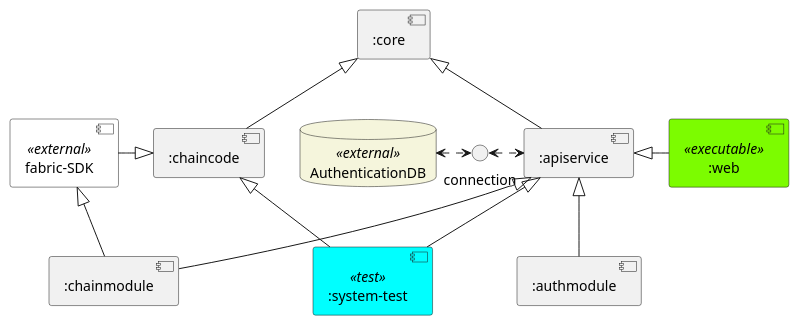
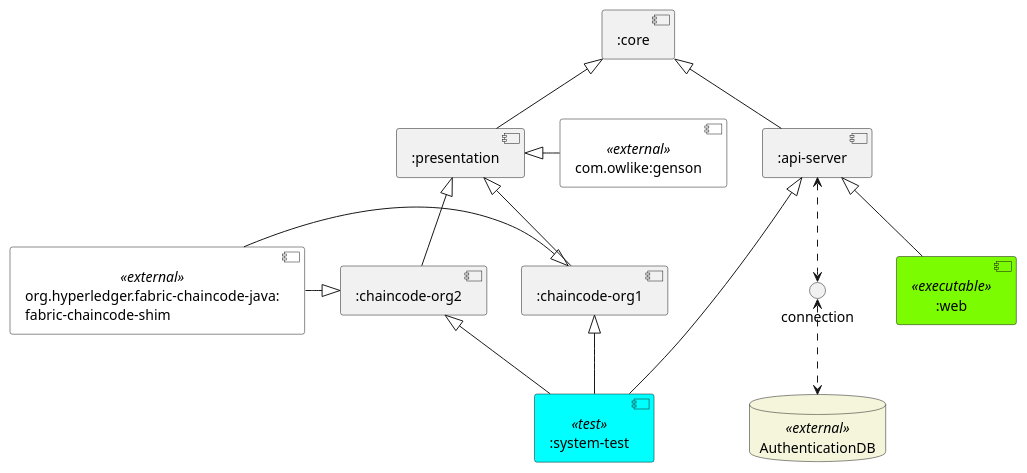
One commit to tassiluca/ChainVote changed the diagram in docs/res/system-package.puml. Above: the diagram before and after it, drawn with PlantUML. The commit also changed 2 other files, not shown here.

```diff
--- a/docs/res/system-package.puml
+++ b/docs/res/system-package.puml
@@ -1,35 +1,39 @@
 @startuml system-package
 
 skinparam component {
     BackgroundColor<<external>> White
     BackgroundColor<<test>> cyan
     BackgroundColor<<executable>> LawnGreen
 }
 skinparam DatabaseBackgroundColor Beige
 
 [:core] as C0
+[:presentation] as PS
+[:chaincode-org1] as CH1
+[:chaincode-org2] as CH2
+[org.hyperledger.fabric-chaincode-java:\nfabric-chaincode-shim] as HFC <<external>>
+[com.owlike:genson] as GS <<external>>
 
-[:chaincode] as CH
-[fabric-SDK] as HF <<external>>
-HF -|> CH
-
-[:apiservice] as API
-[:authmodule] as AUTH
-[:chainmodule] as CHAPI
+[:api-server] as API
 [:system-test] as SYSTEST <<test>>
 [:web] as WEBAPP <<executable>>
 database AuthenticationDB<<external>>
 
-C0 <|-- CH
+C0 <|-- PS
+GS -right-|> PS
+PS <|-- CH1
+PS <|-- CH2
+HFC -right-|> CH1
+HFC -right-|> CH2
+
 C0 <|-- API
-API <|-- AUTH
-API <|-- CHAPI 
 API <|-- SYSTEST
-CH <|-- SYSTEST
-API <|- WEBAPP
-HF <|-- CHAPI
+API <|-- WEBAPP
+CH1 <|-- SYSTEST
+CH2 <|--SYSTEST
 
-AuthenticationDB <.right.> connection
-connection <.right.> API
+
+AuthenticationDB <.up.> connection
+connection <.up.> API
 
 @enduml
```
